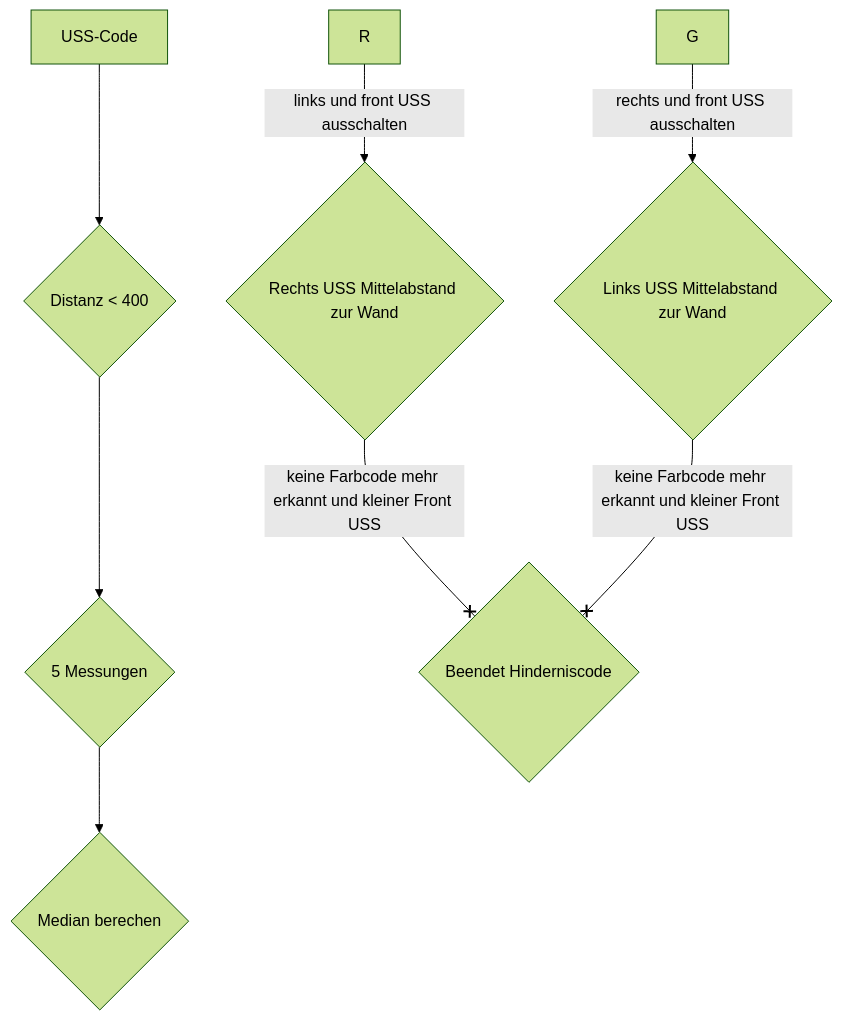
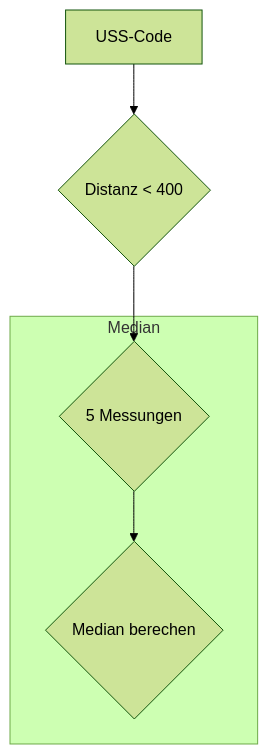
One commit to SchroedingersBit/PfortGTPanama changed the diagram in Programme/Eröffnungsrennen/README.md. Above: the diagram before and after it, drawn with Mermaid (forest theme).

````diff
--- a/Programme/Eröffnungsrennen/README.md
+++ b/Programme/Eröffnungsrennen/README.md
@@ -5,8 +5,8 @@
 ```mermaid
 flowchart TB;
 USS-Code --> D{Distanz < 400} --> M{5 Messungen};
+subgraph Median
 M-->ME{Median berechen};
-R -->|links und front USS ausschalten| RU{Rechts USS Mittelabstand zur Wand};
-G -->|rechts und front USS ausschalten| LU{Links USS Mittelabstand zur Wand};
-RU & LU --x |keine Farbcode mehr erkannt und kleiner Front USS | B{Beendet Hinderniscode};
+end
+
 ```
````
